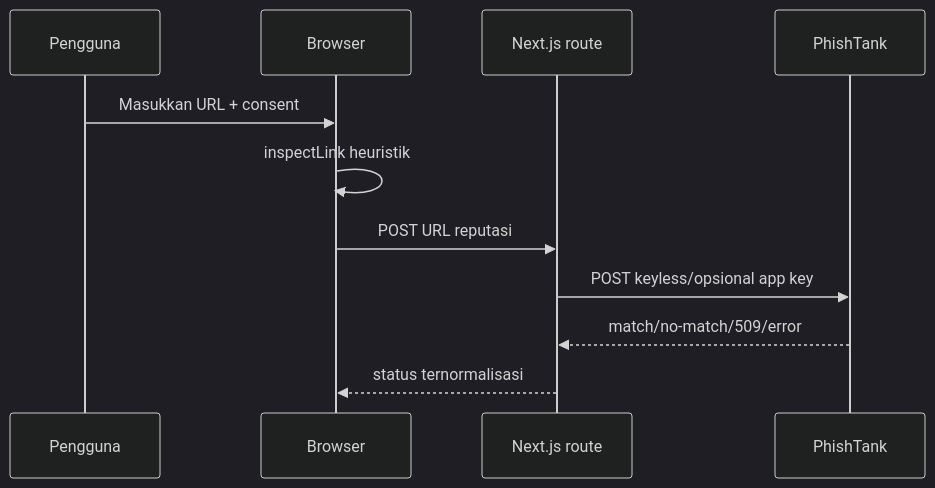
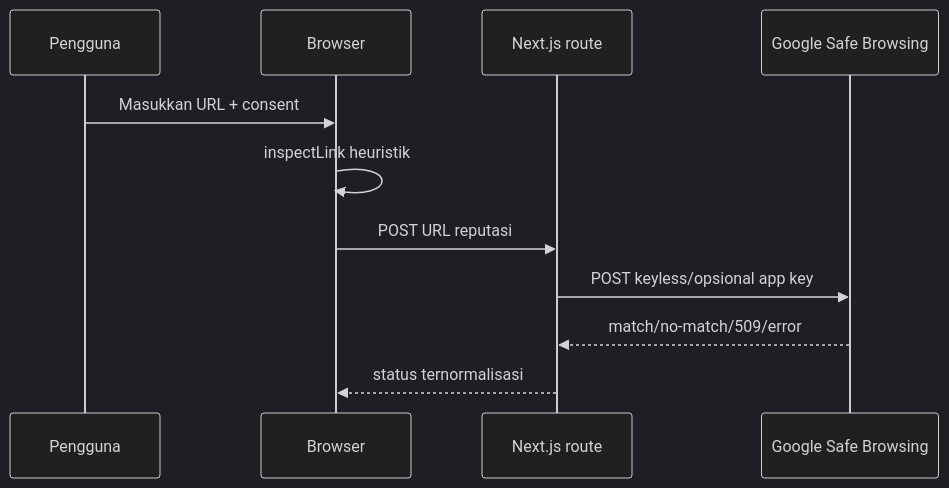
Before and after one commit to hissyam90/saring-app: the second of 3 diagrams in docs/DATA-FLOW.md, drawn with Mermaid (dark theme). The commit also changed 19 other files, not shown here.

First line of the commit message:
feat(reputation): ganti PhishTank dengan Google Safe Browsing

````diff
--- a/docs/DATA-FLOW.md
+++ b/docs/DATA-FLOW.md
@@ -17,13 +17,13 @@
 ```mermaid
 sequenceDiagram
   participant U as Pengguna
   participant B as Browser
   participant S as Next.js route
-  participant P as PhishTank
+  participant P as Google Safe Browsing
   U->>B: Masukkan URL + consent
   B->>B: inspectLink heuristik
   B->>S: POST URL reputasi
   S->>P: POST keyless/opsional app key
   P-->>S: match/no-match/509/error
   S-->>B: status ternormalisasi
 ```
````
